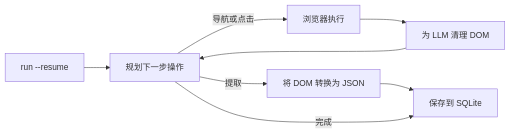
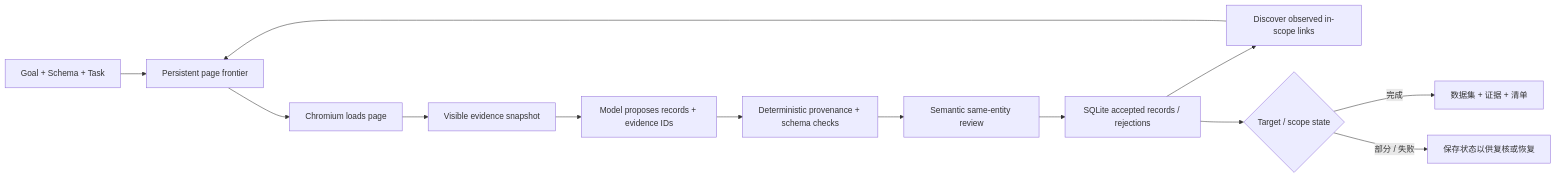
Before and after one commit to EmanueleTorrisi/verboisy: the diagram in .github/readme/README.zh-CN.md, drawn with Mermaid. The commit also changed other lines of this file, not shown here.

````diff
--- a/.github/readme/README.zh-CN.md
+++ b/.github/readme/README.zh-CN.md
@@ -191,10 +168,15 @@
 ```mermaid
 flowchart LR
-    F[run --resume] --> A
-    A[规划下一步操作] -->|导航或点击| B[浏览器执行]
-    A -->|提取| C[将 DOM 转换为 JSON]
-    B --> D[为 LLM 清理 DOM]
-    D --> A
-    C --> E[保存到 SQLite]
-    A -->|完成| E
+    A[Goal + Schema + Task] --> B[Persistent page frontier]
+    B --> C[Chromium loads page]
+    C --> D[Visible evidence snapshot]
+    D --> E[Model proposes records + evidence IDs]
+    E --> F[Deterministic provenance + schema checks]
+    F --> G[Semantic same-entity review]
+    G --> H[SQLite accepted records / rejections]
+    H --> I[Discover observed in-scope links]
+    I --> B
+    H --> J{Target / scope state}
+    J -->|完成| K[数据集 + 证据 + 清单]
+    J -->|部分 / 失败| L[保存状态以供复核或恢复]
 ```
````
